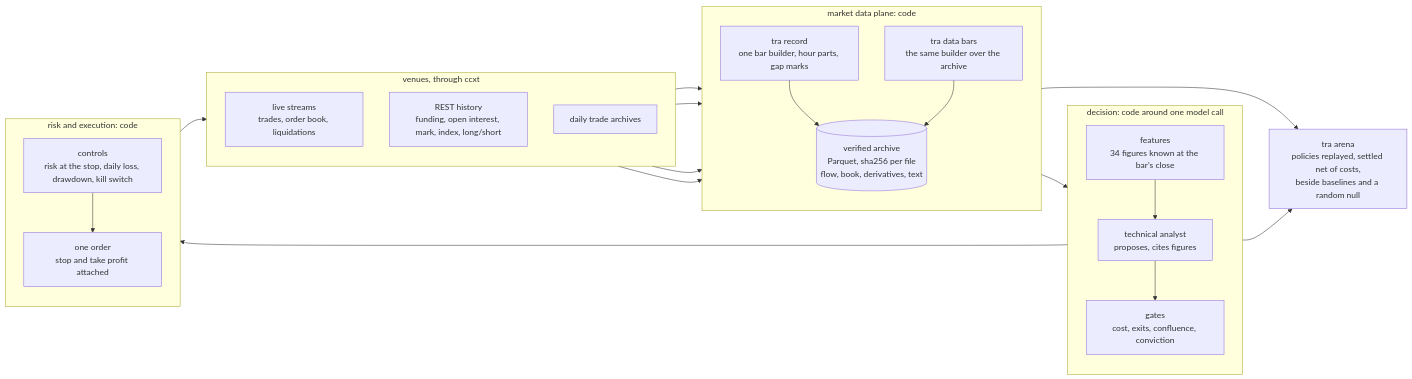
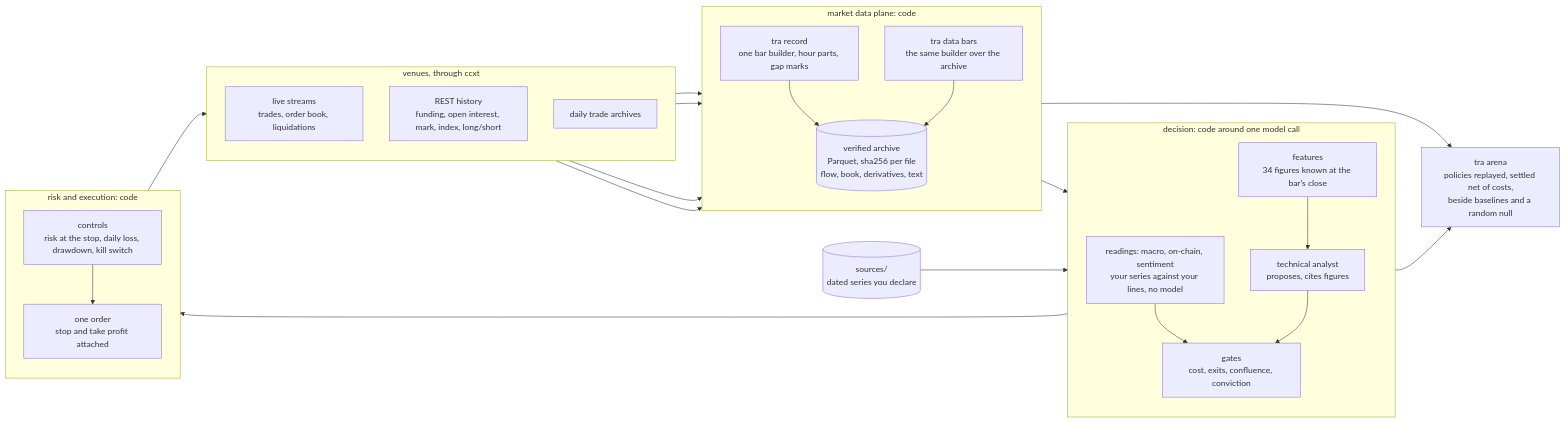
Before and after one commit to BijectiveLabs/bitra: the first of 2 diagrams in README.md, drawn with Mermaid. The commit also changed other lines of this file and 66 other files, not shown here.

Commit message:
Readings, not analysts: macro, onchain and sentiment as code in readings/

````diff
--- a/README.md
+++ b/README.md
@@ -106,35 +106,38 @@
 ```mermaid
 flowchart LR
     subgraph venues["venues, through ccxt"]
         direction TB
         streams["live streams<br/>trades, order book, liquidations"]
         rest["REST history<br/>funding, open interest, mark, index, long/short"]
         archives["daily trade archives"]
     end
     subgraph plane["market data plane: code"]
         direction TB
         record["tra record<br/>one bar builder, hour parts, gap marks"]
         bars["tra data bars<br/>the same builder over the archive"]
         store[("verified archive<br/>Parquet, sha256 per file<br/>flow, book, derivatives, text")]
     end
     subgraph decide["decision: code around one model call"]
         direction TB
         features["features<br/>34 figures known at the bar's close"]
+        readings["readings: macro, on-chain, sentiment<br/>your series against your lines, no model"]
         analyst["technical analyst<br/>proposes, cites figures"]
         gates["gates<br/>cost, exits, confluence, conviction"]
     end
+    shelf[("sources/<br/>dated series you declare")]
     subgraph act["risk and execution: code"]
         direction TB
         risk["controls<br/>risk at the stop, daily loss, drawdown, kill switch"]
         order["one order<br/>stop and take profit attached"]
     end
     arena["tra arena<br/>policies replayed, settled net of costs,<br/>beside baselines and a random null"]
     streams --> record --> store
     archives --> bars --> store
     rest --> record
     rest --> bars
     store --> features
+    shelf --> readings --> gates
     features --> analyst --> gates --> risk --> order --> venues
     store --> arena
     features --> arena
 ```
````
